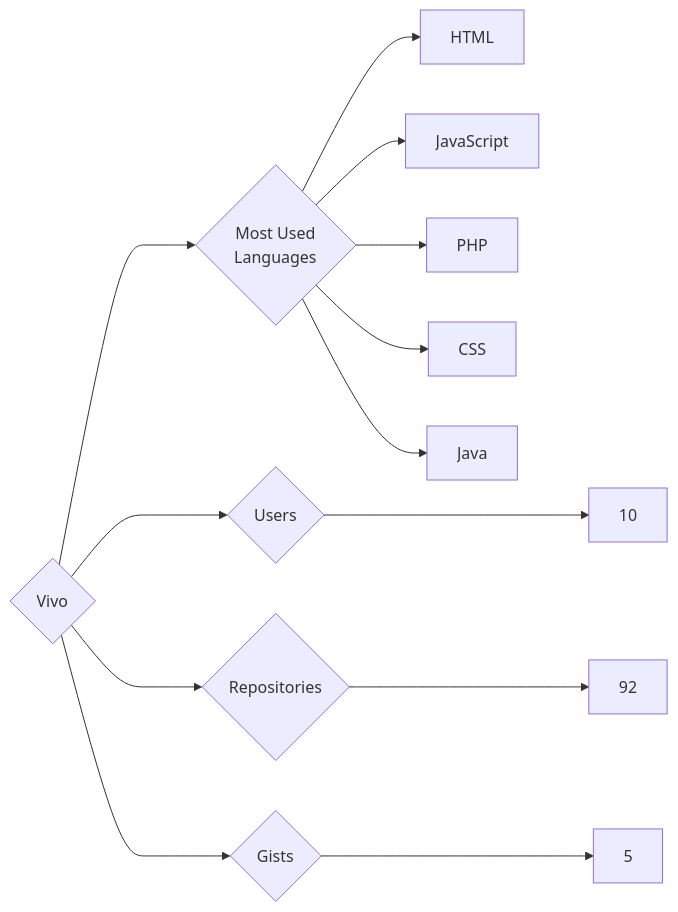
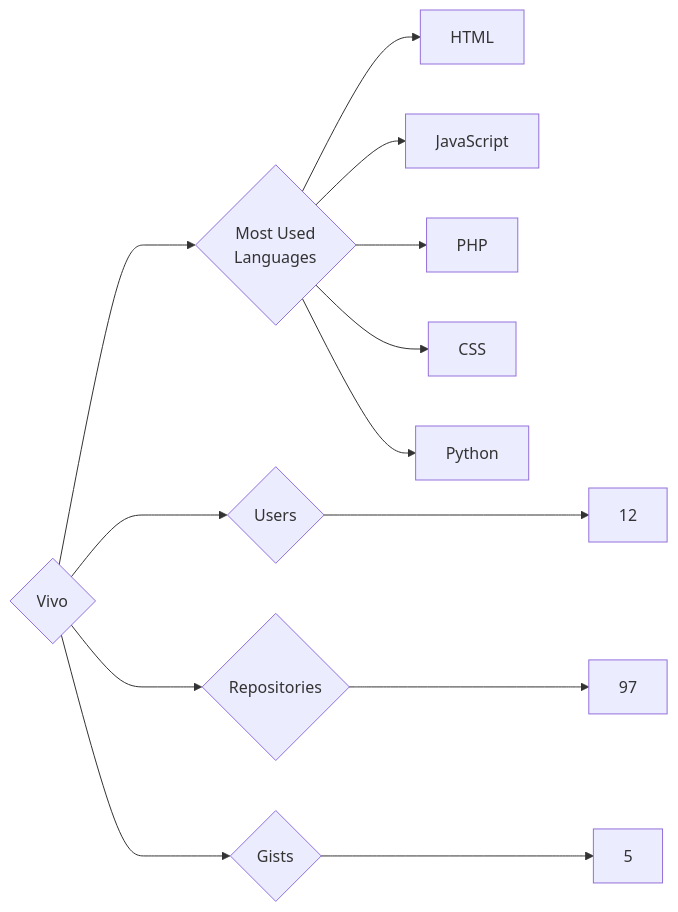
Before and after one commit to trickest/insiders: the diagram in targets/Vivo/README.md, drawn with Mermaid. The commit also changed 725 other files, not shown here.

````diff
--- a/targets/Vivo/README.md
+++ b/targets/Vivo/README.md
@@ -3,13 +3,13 @@
 ```mermaid
 graph LR
 COMPANY_NAME{Vivo}
-COMPANY_NAME ---> U{Users} ---> UN[10]
-COMPANY_NAME ---> R{Repositories} ---> RN[92]
+COMPANY_NAME ---> U{Users} ---> UN[12]
+COMPANY_NAME ---> R{Repositories} ---> RN[97]
 COMPANY_NAME ---> G{Gists} ---> GN[5]
 COMPANY_NAME ---> ML{Most Used<br>Languages}
 ML --> HTML[HTML]
 ML --> JavaScript[JavaScript]
 ML --> PHP[PHP]
 ML --> CSS[CSS]
-ML --> Java[Java]
+ML --> Python[Python]
 ```
````
